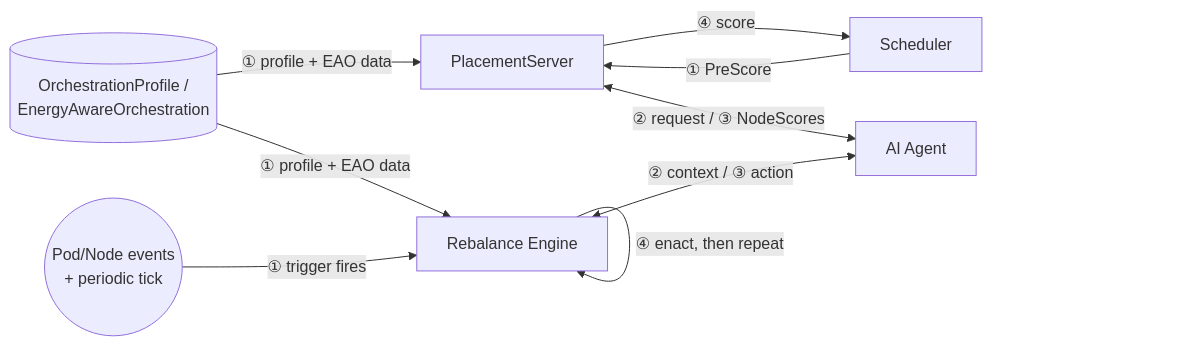
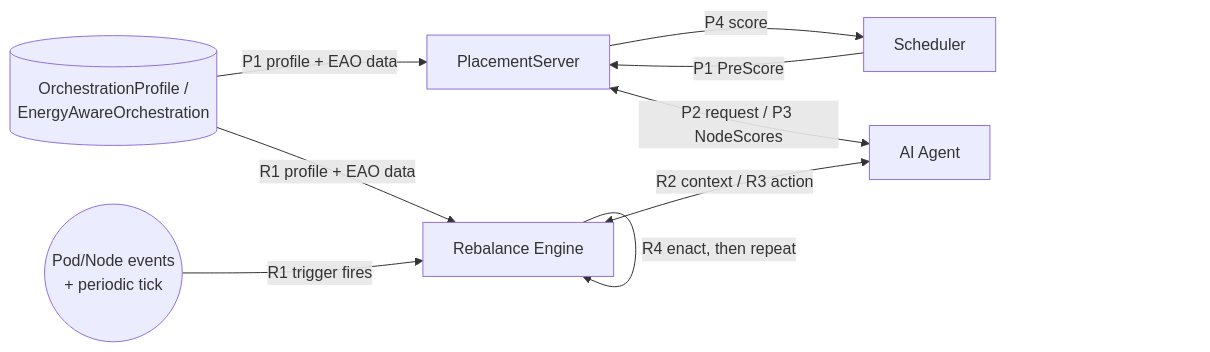
The first of 4 diagrams in README.md (HIRO-MicroDataCenters-BV/hiro-adaptive-orchestrator), drawn with Mermaid before and after one commit. The commit also changed other lines of this file and 1 other file, not shown here.

````diff
--- a/README.md
+++ b/README.md
@@ -9,19 +19,19 @@
 ```mermaid
 graph LR
     Profiles[("OrchestrationProfile /<br/>EnergyAwareOrchestration")]
     Triggers(("Pod/Node events<br/>+ periodic tick"))
     Sched["Scheduler"]
     PS["PlacementServer"]
     RE["Rebalance Engine"]
     AI["AI Agent"]
 
-    Profiles -->|"① profile + EAO data"| PS
-    Sched -->|"① PreScore"| PS
-    PS <-->|"② request / ③ NodeScores"| AI
-    PS -->|"④ score"| Sched
+    Profiles -->|"P1 profile + EAO data"| PS
+    Sched -->|"P1 PreScore"| PS
+    PS <-->|"P2 request / P3 NodeScores"| AI
+    PS -->|"P4 score"| Sched
 
-    Profiles -->|"① profile + EAO data"| RE
-    Triggers -->|"① trigger fires"| RE
-    RE <-->|"② context / ③ action"| AI
-    RE -->|"④ enact, then repeat"| RE
+    Profiles -->|"R1 profile + EAO data"| RE
+    Triggers -->|"R1 trigger fires"| RE
+    RE <-->|"R2 context / R3 action"| AI
+    RE -->|"R4 enact, then repeat"| RE
 ```
````
